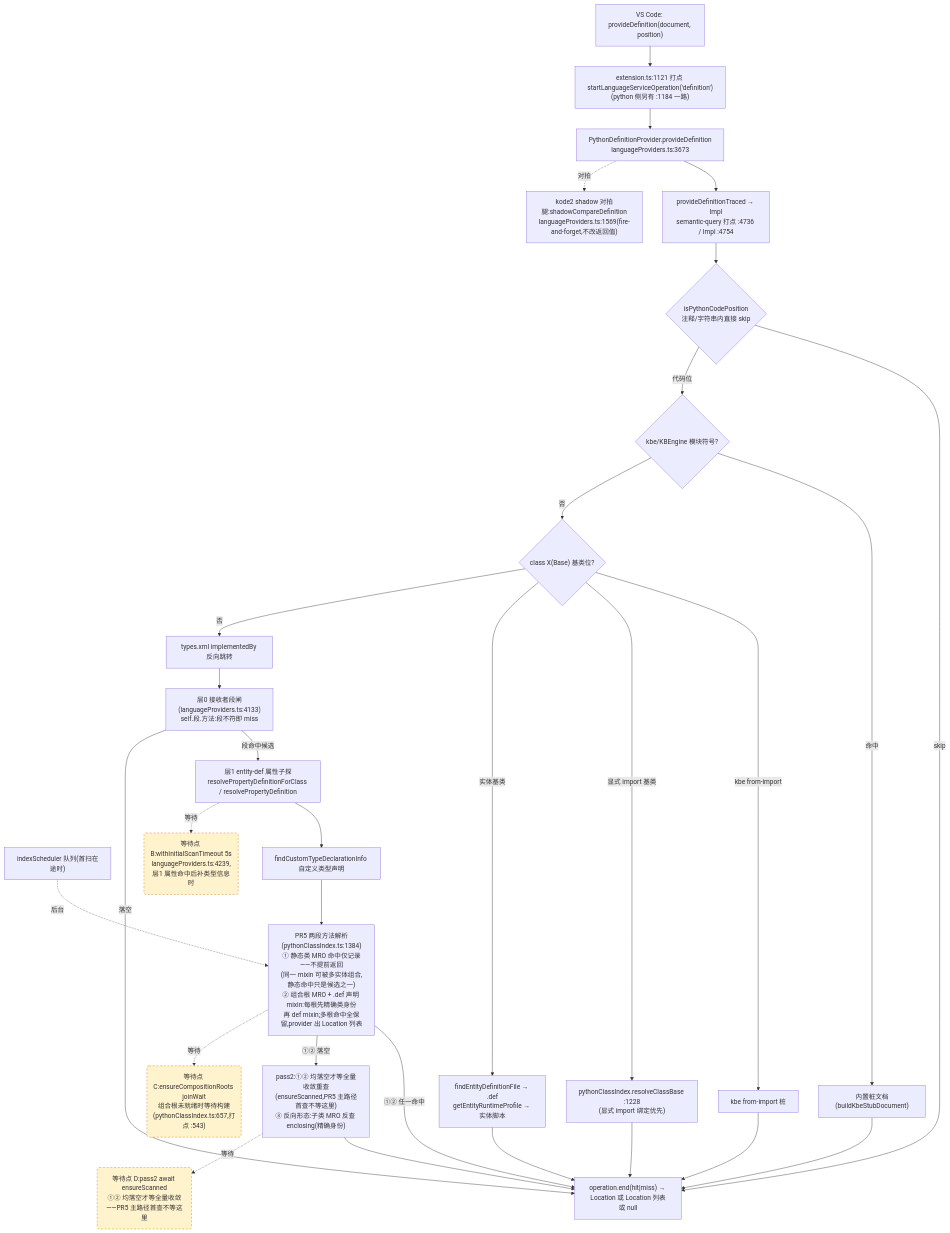
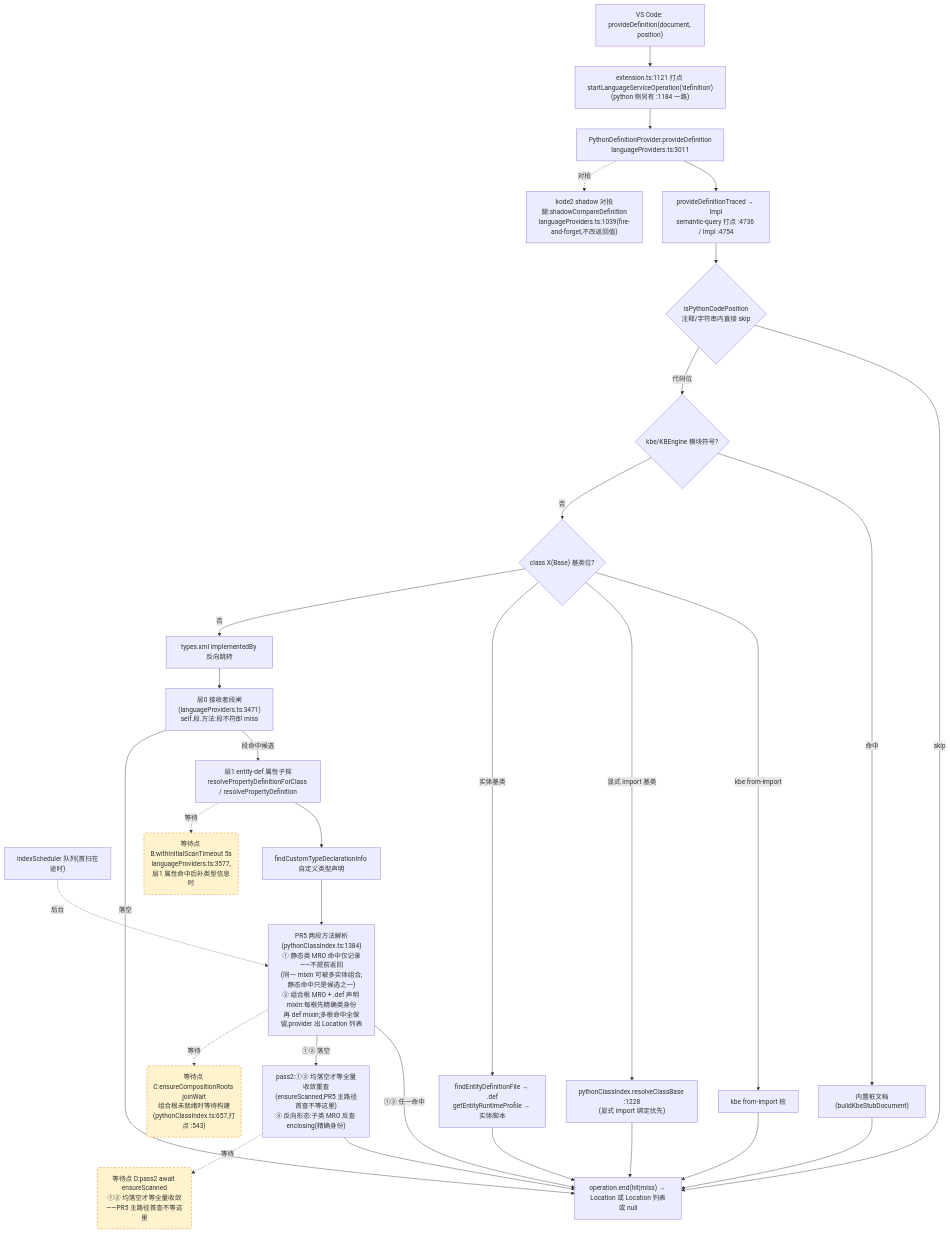
Before and after one commit to cuihairu/kode: the second of 4 diagrams in docs/perf/2026-baseline.md, drawn with Mermaid. The commit also changed other lines of this file and 5 other files, not shown here.

First line of the commit message:
refactor(arch): KODE-ARCH-001 step 3 — extract languageProviders/completion + inlay (pure move)

````diff
--- a/docs/perf/2026-baseline.md
+++ b/docs/perf/2026-baseline.md
@@ -130,51 +130,51 @@
 ```mermaid
 flowchart TD
   VC2["VS Code: provideDefinition(document, position)"]
   M2["extension.ts:1121 打点 startLanguageServiceOperation('definition')<br/>(python 侧另有 :1184 一路)"]
-  AD2["PythonDefinitionProvider.provideDefinition<br/>languageProviders.ts:3673"]
+  AD2["PythonDefinitionProvider.provideDefinition<br/>languageProviders.ts:3011"]
   TR["provideDefinitionTraced → Impl<br/>semantic-query 打点 :4736 / Impl :4754"]
   CTX{"isPythonCodePosition<br/>注释/字符串内直接 skip"}
   KBE{"kbe/KBEngine 模块符号?"}
   STUB["内置桩文档(buildKbeStubDocument)"]
   CB{"class X(Base) 基类位?"}
   CB1["kbe from-import 桩"]
   CB2["pythonClassIndex.resolveClassBase :1228<br/>(显式 import 绑定优先)"]
   CB3["findEntityDefinitionFile → .def<br/>getEntityRuntimeProfile → 实体脚本"]
   REV["types.xml implementedBy 反向跳转"]
-  L0["层0 接收者段闸(languageProviders.ts:4133)<br/>self.段.方法:段不符即 miss"]
+  L0["层0 接收者段闸(languageProviders.ts:3471)<br/>self.段.方法:段不符即 miss"]
   L1["层1 entity-def 属性子探<br/>resolvePropertyDefinitionForClass / resolvePropertyDefinition"]
   SCAN["indexScheduler 队列(首扫在途时)"]
   TY["findCustomTypeDeclarationInfo 自定义类型声明"]
   MRO["PR5 两段方法解析(pythonClassIndex.ts:1384)<br/>① 静态类 MRO 命中仅记录——不提前返回<br/>(同一 mixin 可被多实体组合,静态命中只是候选之一)<br/>② 组合根 MRO + .def 声明 mixin:每根先精确类身份<br/>再 def mixin;多根命中全保留,provider 出 Location 列表"]
   PASS2["pass2:①② 均落空才等全量收敛重查<br/>(ensureScanned,PR5 主路径首查不等这里)<br/>③ 反向形态:子类 MRO 反查 enclosing(精确身份)"]
-  SHD["kode2 shadow 对拍腿:shadowCompareDefinition<br/>languageProviders.ts:1569(fire-and-forget,不改返回值)"]
+  SHD["kode2 shadow 对拍腿:shadowCompareDefinition<br/>languageProviders.ts:1039(fire-and-forget,不改返回值)"]
   END2["operation.end(hit|miss) → Location 或 Location 列表或 null"]
 
   VC2 --> M2 --> AD2 --> TR --> CTX
   CTX -- "skip" --> END2
   CTX -- "代码位" --> KBE
   KBE -- "命中" --> STUB --> END2
   KBE -- "否" --> CB
   CB -- "kbe from-import" --> CB1 --> END2
   CB -- "显式 import 基类" --> CB2 --> END2
   CB -- "实体基类" --> CB3 --> END2
   CB -- "否" --> REV --> L0
   L0 -- "段命中候选" --> L1
   L0 -- "落空" --> END2
   L1 --> TY
   TY --> MRO
   MRO -- "①② 任一命中" --> END2
   MRO -- "①② 落空" --> PASS2 --> END2
   AD2 -.->|对拍| SHD
 
-  WAITB("等待点 B:withInitialScanTimeout 5s<br/>languageProviders.ts:4239,层1 属性命中后补类型信息时")
+  WAITB("等待点 B:withInitialScanTimeout 5s<br/>languageProviders.ts:3577,层1 属性命中后补类型信息时")
   WAITC("等待点 C:ensureCompositionRoots joinWait<br/>组合根未就绪时等待构建(pythonClassIndex.ts:657,打点 :543)")
   WAITD("等待点 D:pass2 await ensureScanned<br/>①② 均落空才等全量收敛——PR5 主路径首查不等这里")
   L1 -.->|等待| WAITB
   MRO -.->|等待| WAITC
   PASS2 -.->|等待| WAITD
   SCAN -.->|后台| MRO
 
   classDef waitPoint fill:#fff3cd,stroke:#d97706,stroke-dasharray:5 4;
   class WAITB,WAITC,WAITD waitPoint;
 ```
````
